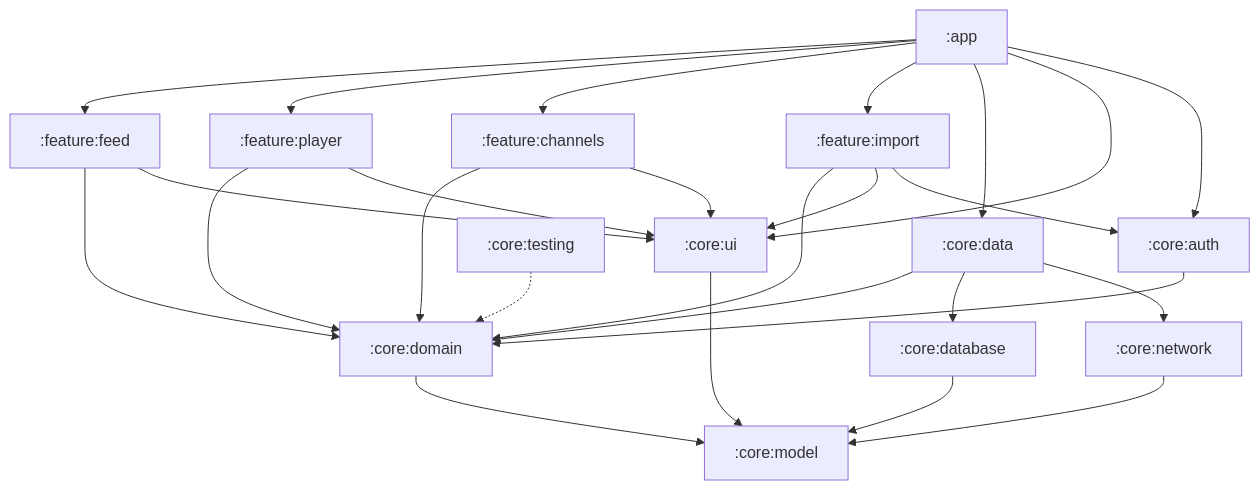
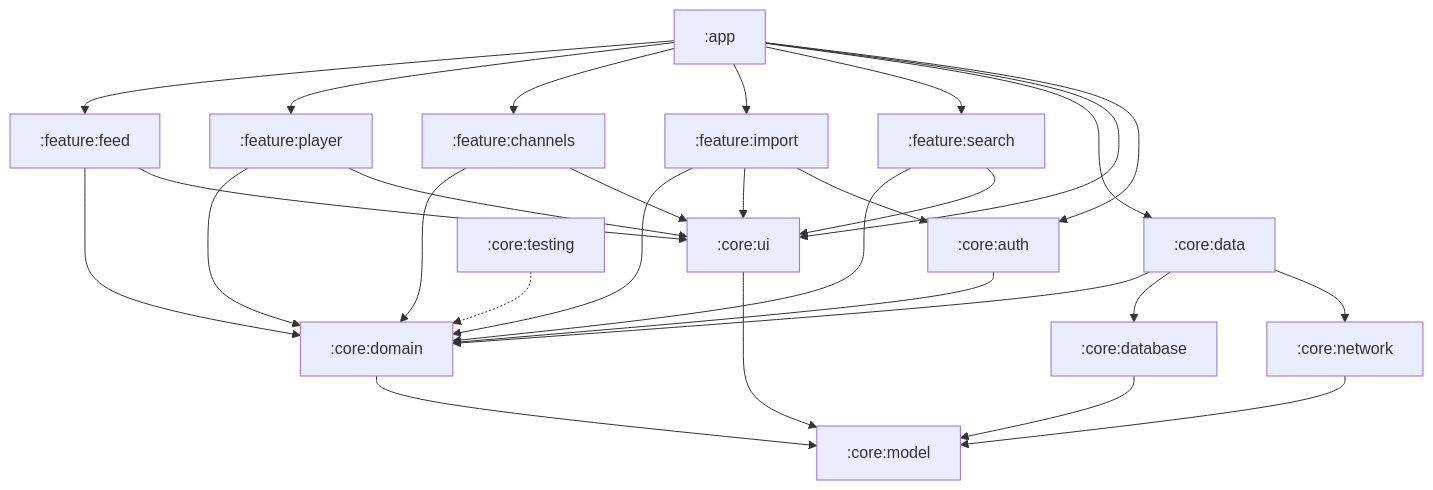
The diagram in docs/ARCHITECTURE.md (t1matoma/useful-youtube), drawn with Mermaid before and after one commit. The commit also changed other lines of this file and 62 other files, not shown here.

````diff
--- a/docs/ARCHITECTURE.md
+++ b/docs/ARCHITECTURE.md
@@ -8,31 +8,34 @@
 ```mermaid
 graph TD
     app[":app"] --> feed[":feature:feed"]
     app --> player[":feature:player"]
     app --> channels[":feature:channels"]
     app --> import[":feature:import"]
+    app --> search[":feature:search"]
     app --> data[":core:data"]
     app --> ui[":core:ui"]
 
     feed --> domain[":core:domain"]
     player --> domain
     channels --> domain
     import --> domain
+    search --> domain
+    search --> ui
     feed --> ui
     player --> ui
     channels --> ui
     import --> ui
     import --> auth[":core:auth"]
     app --> auth
     auth --> domain
 
     data --> domain
     data --> database[":core:database"]
     data --> network[":core:network"]
     domain --> model[":core:model"]
     database --> model
     network --> model
     ui --> model
 
     testing[":core:testing"] -.-> domain
 ```
````
